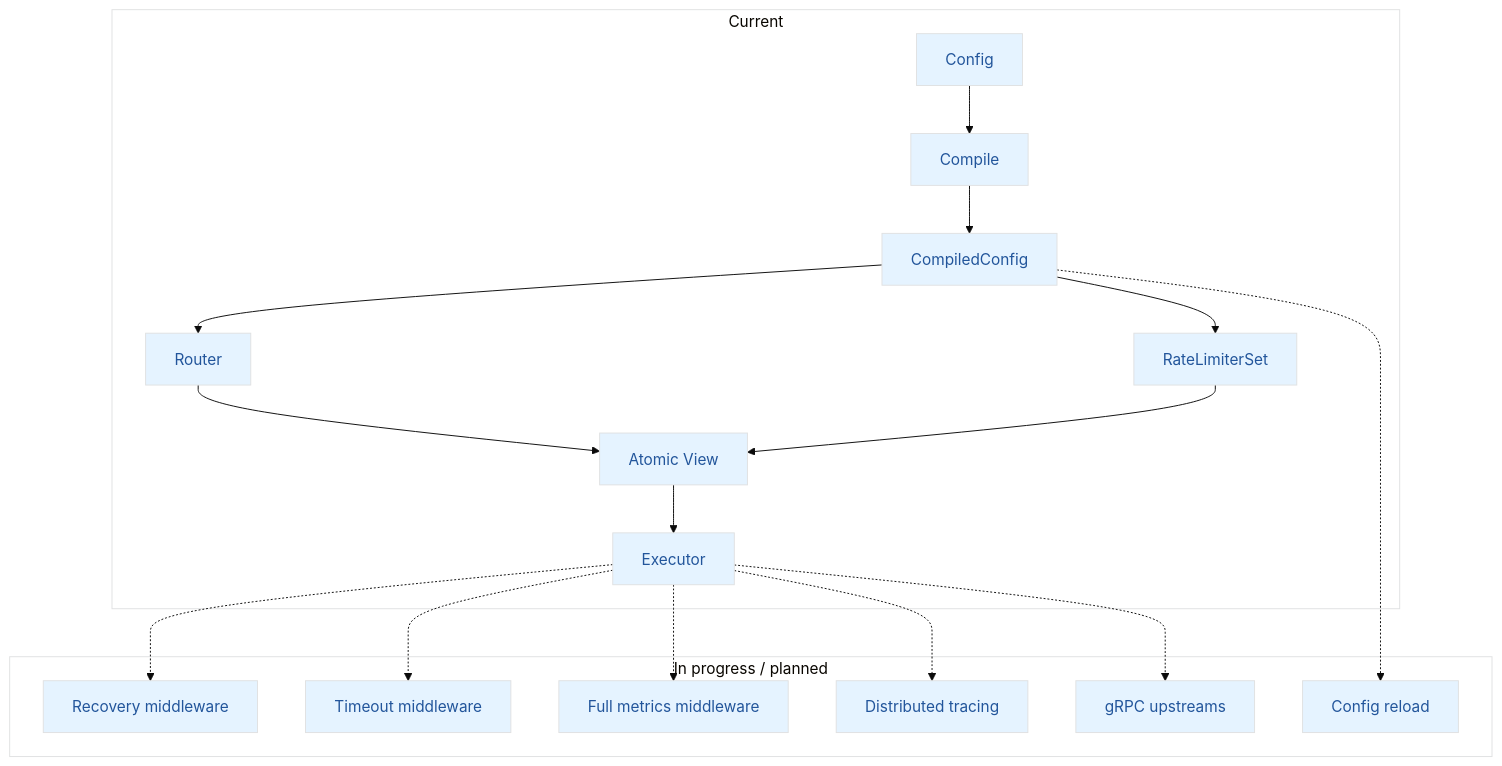
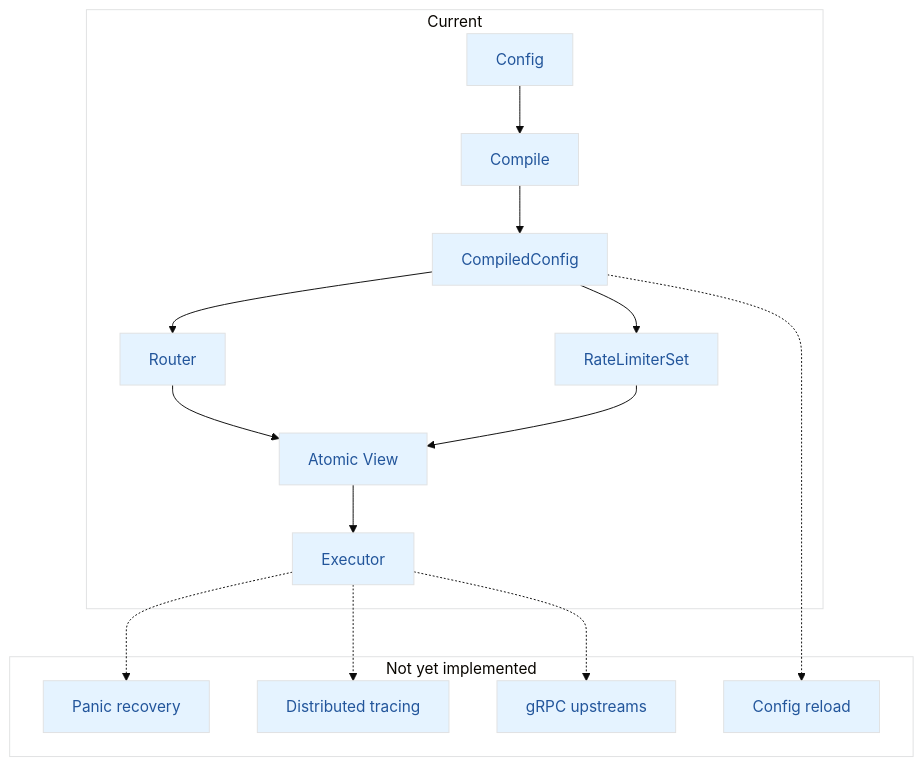
One commit to HAL-X9/aegis changed the third of 3 diagrams in ARCHITECTURE.md. Above: the diagram before and after it, drawn with Mermaid. The commit also changed other lines of this file and 5 other files, not shown here.

````diff
--- a/ARCHITECTURE.md
+++ b/ARCHITECTURE.md
@@ -151,40 +154,36 @@
 ```mermaid
 %%{init: {'theme':'base'}}%%
 flowchart TB
     subgraph CURRENT["Current"]
         A["Config"]
         B["Compile"]
         C["CompiledConfig"]
         D["Router"]
         E["Executor"]
         F["RateLimiterSet"]
         G["Atomic View"]
 
         A --> B --> C
         C --> D
         C --> F
         D --> G
         F --> G
         G --> E
     end
 
-    subgraph PLANNED["In progress / planned"]
-        R["Recovery middleware"]
-        T["Timeout middleware"]
-        M["Full metrics middleware"]
+    subgraph PLANNED["Not yet implemented"]
+        R["Panic recovery"]
         OT["Distributed tracing"]
         GRPC["gRPC upstreams"]
         RELOAD["Config reload"]
     end
 
     E -.-> R
-    E -.-> T
-    E -.-> M
     E -.-> OT
     E -.-> GRPC
     C -.-> RELOAD
 
     classDef default fill:#e5f3ff,stroke:#e0e1e2,color:#22559b;
     style CURRENT fill:#ffffff,stroke:#e0e1e2
     style PLANNED fill:#ffffff,stroke:#e0e1e2
 ```
````
